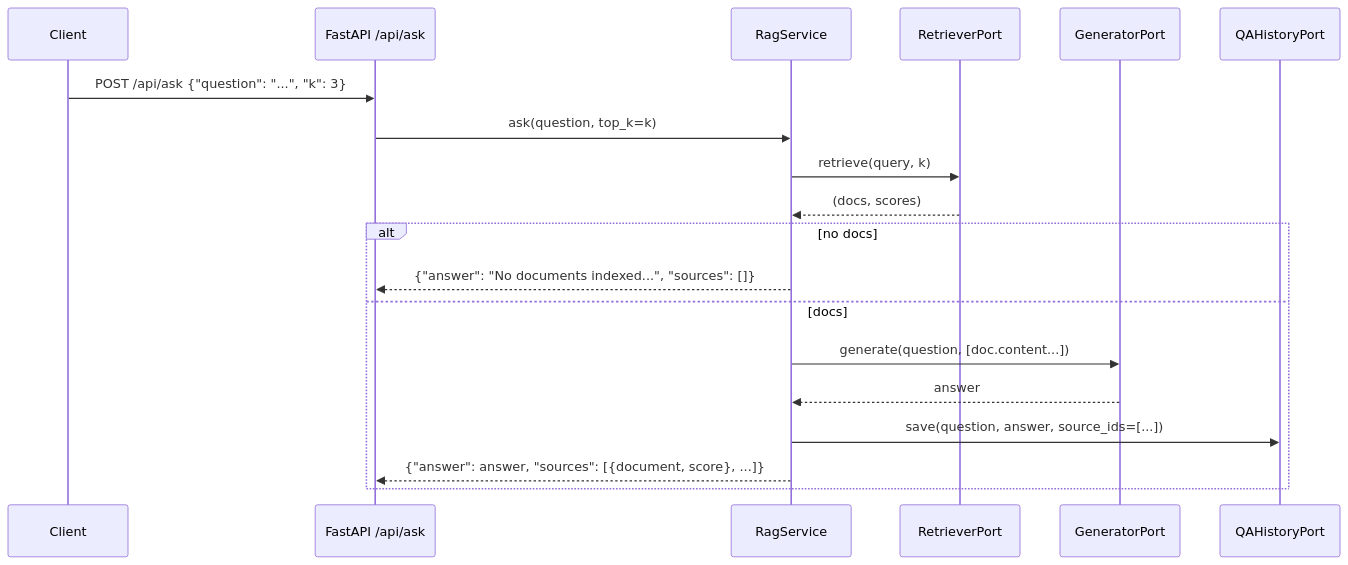
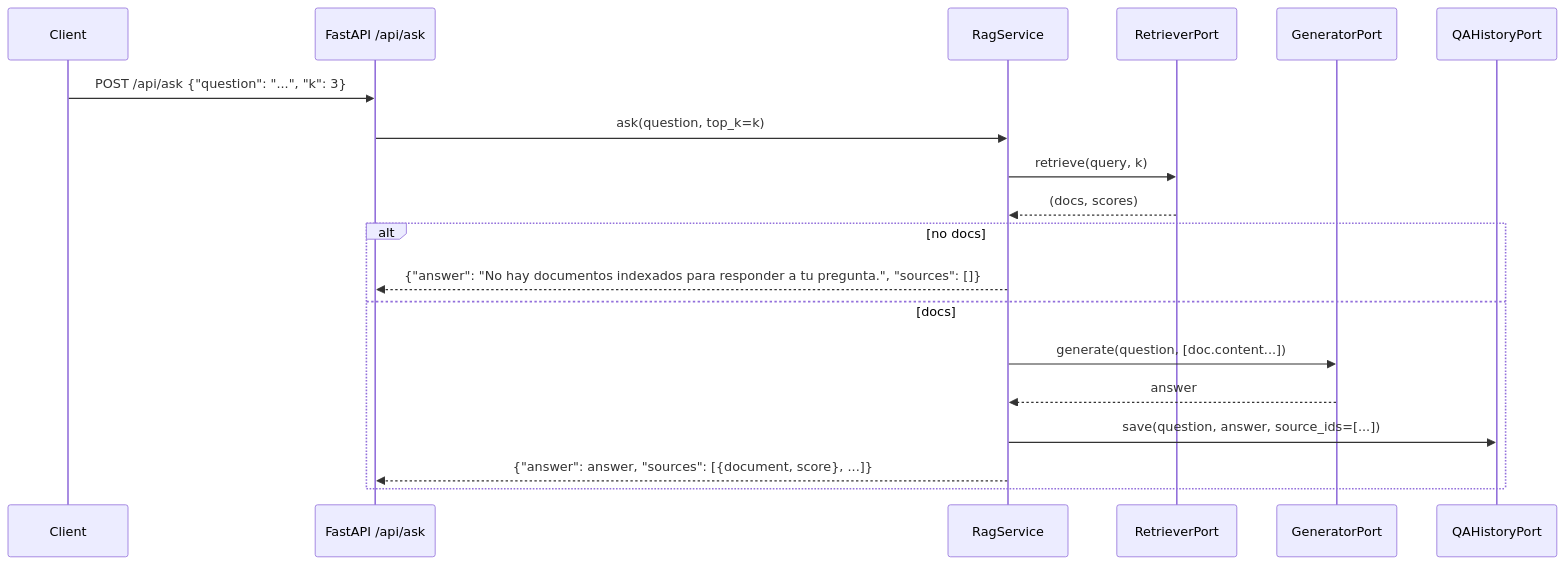
The second of 2 diagrams in docs/architecture.md (Intrinsical-AI/rag-prototype), drawn with Mermaid before and after one commit. The commit also changed other lines of this file and 3 other files, not shown here.

````diff
--- a/docs/architecture.md
+++ b/docs/architecture.md
@@ -155,22 +155,22 @@
 ```mermaid
 sequenceDiagram
   participant U as Client
   participant API as FastAPI /api/ask
   participant S as RagService
   participant R as RetrieverPort
   participant G as GeneratorPort
   participant H as QAHistoryPort
 
   U->>API: POST /api/ask {"question": "...", "k": 3}
   API->>S: ask(question, top_k=k)
   S->>R: retrieve(query, k)
   R-->>S: (docs, scores)
   alt no docs
-    S-->>API: {"answer": "No documents indexed...", "sources": []}
+    S-->>API: {"answer": "No hay documentos indexados para responder a tu pregunta.", "sources": []}
   else docs
     S->>G: generate(question, [doc.content...])
     G-->>S: answer
     S->>H: save(question, answer, source_ids=[...])
     S-->>API: {"answer": answer, "sources": [{document, score}, ...]}
   end
 ```
````
